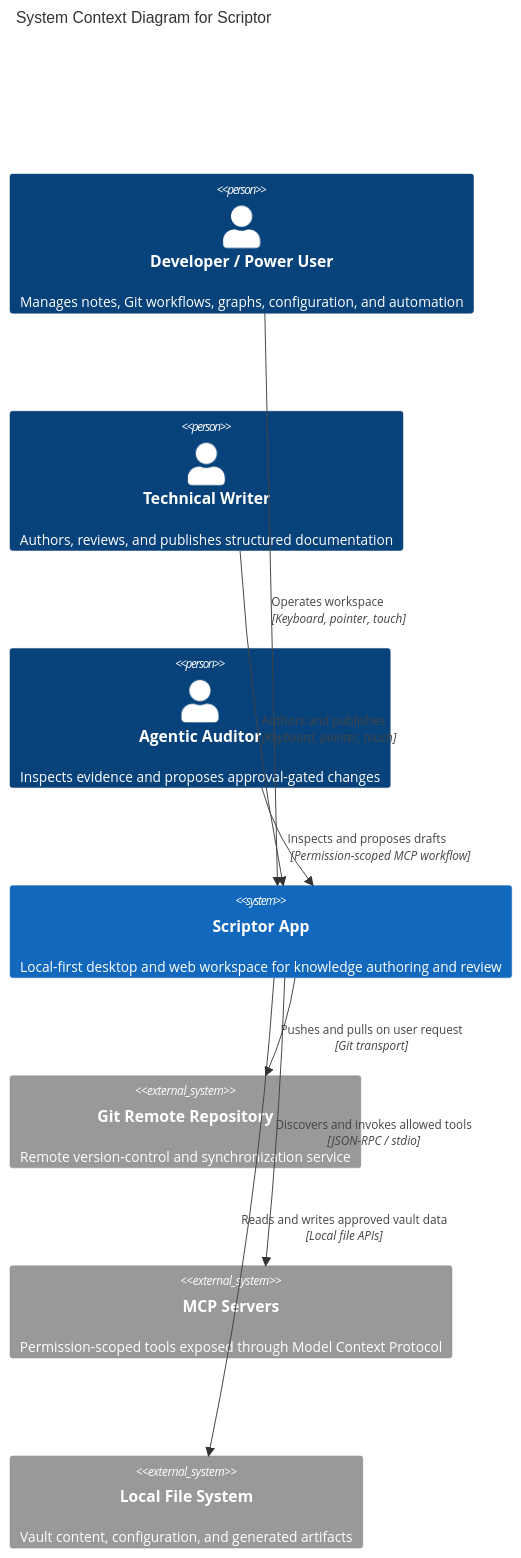
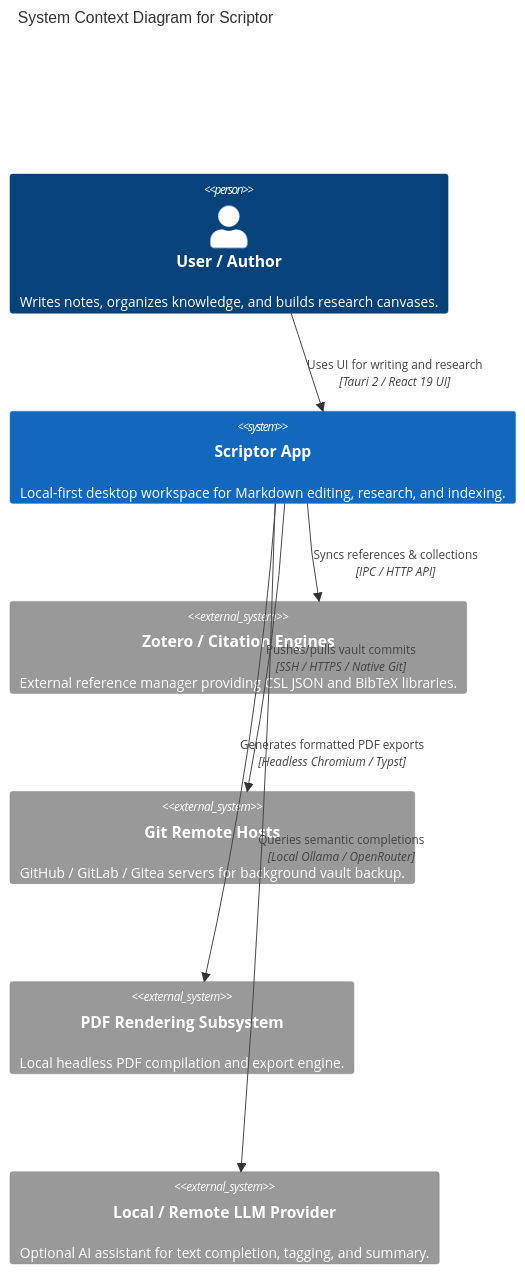
The diagram in docs/architecture/c4-context.md (AmirrezaFarnamTaheri/Scriptor), drawn with Mermaid before and after one commit. The commit also changed other lines of this file and 134 other files, not shown here.

Commit message:
docs(arch): publish C4 architecture specs and record Task 2 Rust/IPC review findings

````diff
--- a/docs/architecture/c4-context.md
+++ b/docs/architecture/c4-context.md
@@ -11,21 +23,19 @@
 ```mermaid
 C4Context
     title System Context Diagram for Scriptor
 
-    Person(developer, "Developer / Power User", "Manages notes, Git workflows, graphs, configuration, and automation")
-    Person(writer, "Technical Writer", "Authors, reviews, and publishes structured documentation")
-    Person(auditor, "Agentic Auditor", "Inspects evidence and proposes approval-gated changes")
+    Person(user, "User / Author", "Writes notes, organizes knowledge, and builds research canvases.")
 
-    System(scriptor, "Scriptor App", "Local-first desktop and web workspace for knowledge authoring and review")
-    System_Ext(gitRemote, "Git Remote Repository", "Remote version-control and synchronization service")
-    System_Ext(mcpServers, "MCP Servers", "Permission-scoped tools exposed through Model Context Protocol")
-    System_Ext(localFS, "Local File System", "Vault content, configuration, and generated artifacts")
+    System(scriptor, "Scriptor App", "Local-first desktop workspace for Markdown editing, research, and indexing.")
 
-    Rel(developer, scriptor, "Operates workspace", "Keyboard, pointer, touch")
-    Rel(writer, scriptor, "Authors and publishes", "Keyboard, pointer, touch")
-    Rel(auditor, scriptor, "Inspects and proposes drafts", "Permission-scoped MCP workflow")
+    System_Ext(zotero, "Zotero / Citation Engines", "External reference manager providing CSL JSON and BibTeX libraries.")
+    System_Ext(git_remotes, "Git Remote Hosts", "GitHub / GitLab / Gitea servers for background vault backup.")
+    System_Ext(pdf_engine, "PDF Rendering Subsystem", "Local headless PDF compilation and export engine.")
+    System_Ext(llm_provider, "Local / Remote LLM Provider", "Optional AI assistant for text completion, tagging, and summary.")
 
-    Rel(scriptor, localFS, "Reads and writes approved vault data", "Local file APIs")
-    Rel(scriptor, gitRemote, "Pushes and pulls on user request", "Git transport")
-    Rel(scriptor, mcpServers, "Discovers and invokes allowed tools", "JSON-RPC / stdio")
+    Rel(user, scriptor, "Uses UI for writing and research", "Tauri 2 / React 19 UI")
+    Rel(scriptor, zotero, "Syncs references & collections", "IPC / HTTP API")
+    Rel(scriptor, git_remotes, "Pushes/pulls vault commits", "SSH / HTTPS / Native Git")
+    Rel(scriptor, pdf_engine, "Generates formatted PDF exports", "Headless Chromium / Typst")
+    Rel(scriptor, llm_provider, "Queries semantic completions", "Local Ollama / OpenRouter")
 ```
````
